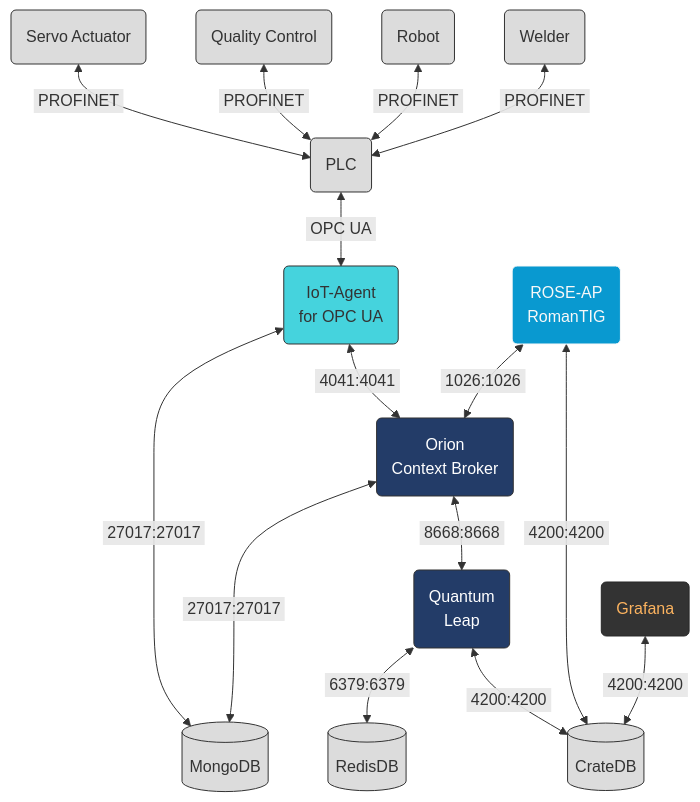
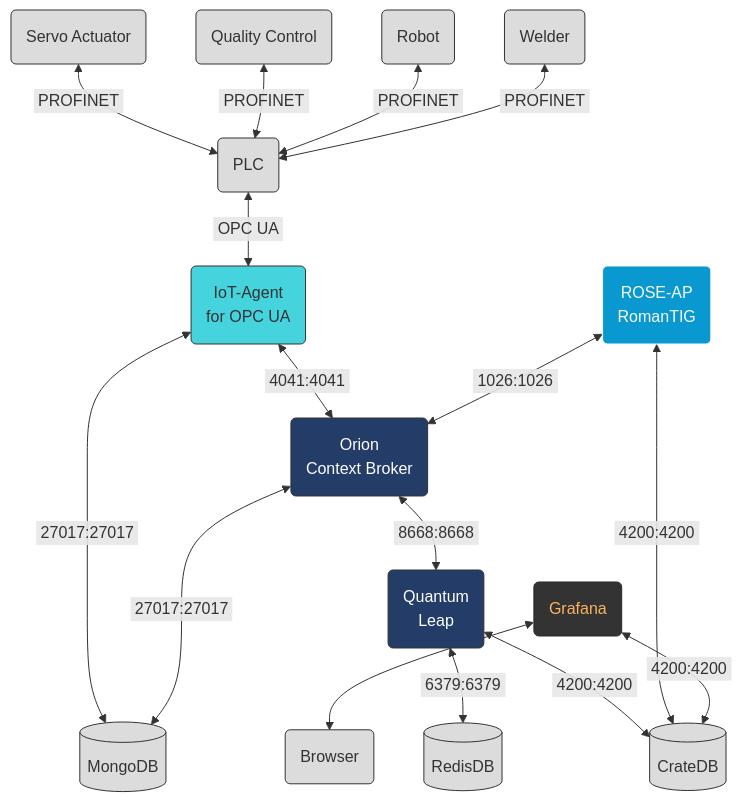
The second of 2 diagrams in README.md (claret-srl/ROMANTIG), drawn with Mermaid before and after one commit.

````diff
--- a/README.md
+++ b/README.md
@@ -254,31 +254,33 @@
 ```mermaid
   flowchart TD
     Welder(Welder)
     Robot(Robot)
     QC(Quality Control)
     Actuator(Servo Actuator)
     PLC(PLC)
     IoT-Agent(IoT-Agent \n for OPC UA):::Cyan
     Orion(Orion \n Context Broker):::DarkBlue
     Quantumleap(Quantum \n Leap):::DarkBlue
     ROSE-AP(ROSE-AP \n RomanTIG):::Claret
     Redis[(RedisDB)]
     Mongo[(MongoDB)]
     Crate[(CrateDB)]
     Grafana(Grafana):::Grafana
+    Browser(Browser)
 
     Orion & IoT-Agent <--&nbsp27017:27017&nbsp---> Mongo
     ROSE-AP <--&nbsp1026:1026&nbsp--> Orion
     Quantumleap <--&nbsp6379:6379&nbsp--> Redis
     Welder & Robot & QC & Actuator <--&nbspPROFINET&nbsp--> PLC <--&nbspOPC UA&nbsp--> IoT-Agent <--&nbsp4041:4041&nbsp--> Orion <--&nbsp8668:8668&nbsp--> Quantumleap
     Grafana <--&nbsp4200:4200&nbsp--> Crate
     ROSE-AP  & Quantumleap <--&nbsp4200:4200&nbsp--> Crate
+    Grafana <--> Browser
     
 classDef DarkBlue fill:#233C68,stroke:#333,color:#FFF
 classDef Cyan fill:#45D3DD,stroke:#333,color:#333
 classDef Gainsboro fill:Gainsboro,stroke:#333,color:#333
 classDef Grafana fill:#333,Stroke:#282828,color:#FCB35F
 classDef Claret fill:#0999D0,Stroke:#F8F8F8,color:#F8F8F8
 
-class Crate,Mongo,Redis,Welder,Robot,QC,Actuator,PLC Gainsboro
+class Crate,Mongo,Redis,Welder,Robot,QC,Actuator,PLC,Browser Gainsboro
 ```
````
